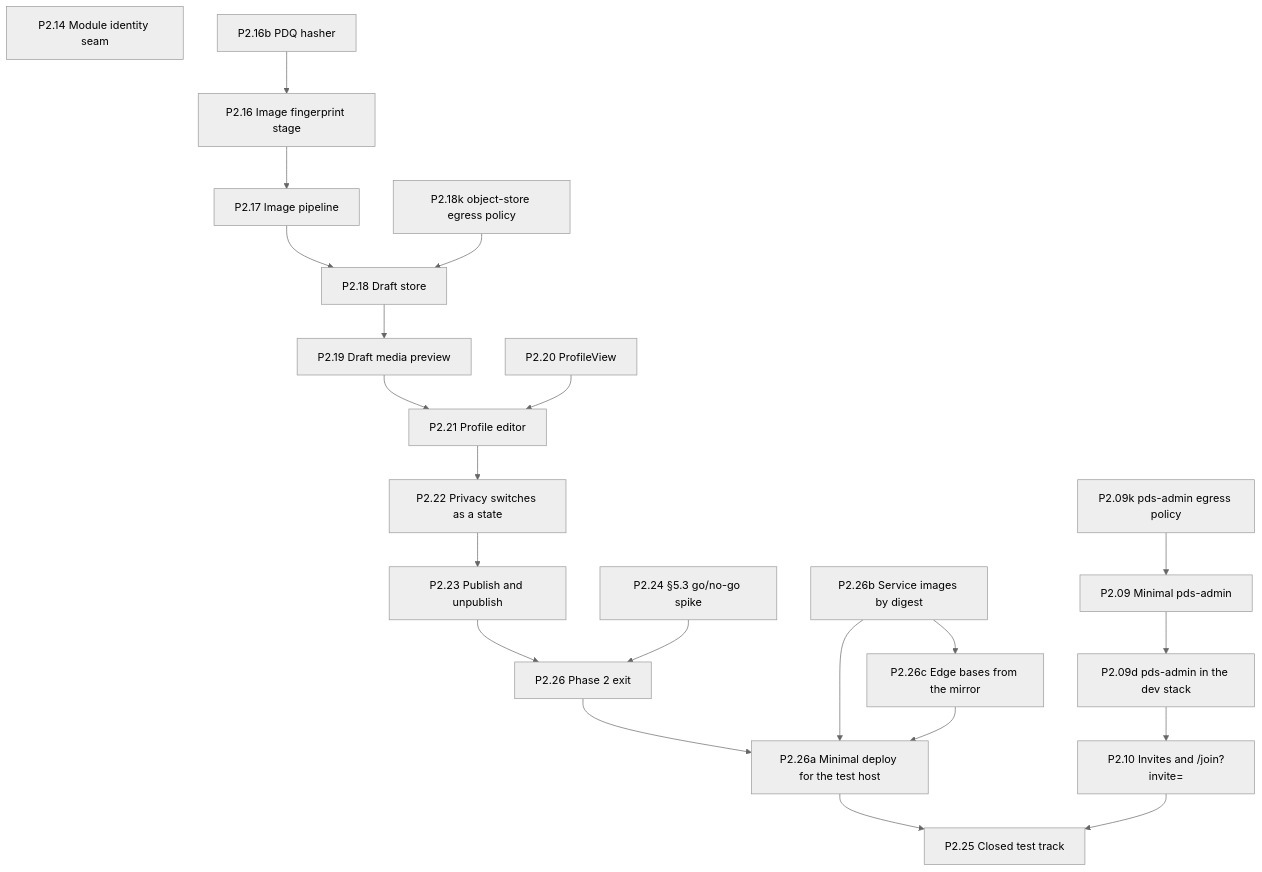
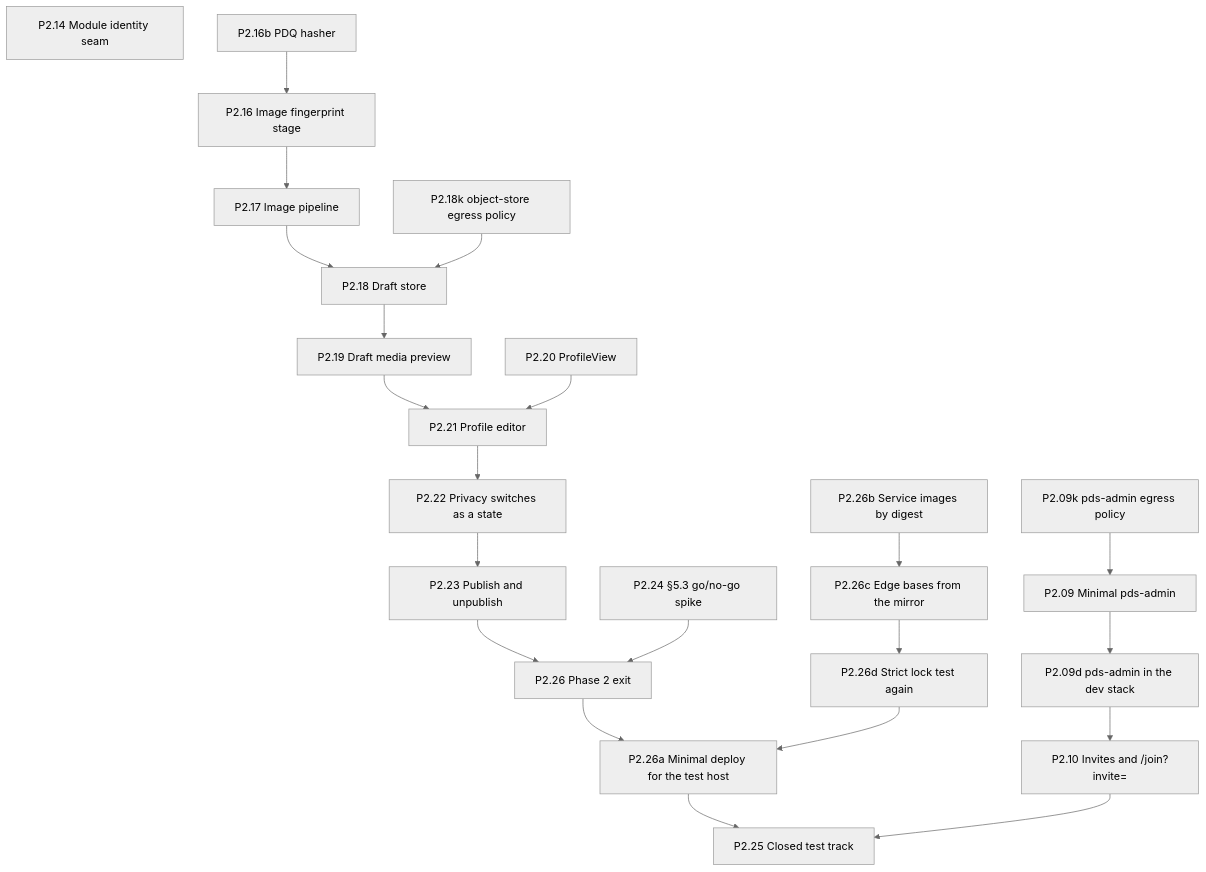
Before and after one commit to Undefined6799/unset: the fifth of 11 diagrams in docs/ai/book/01-outline.md, drawn with Mermaid (neutral theme). The commit also changed other lines of this file and 1 other file, not shown here.

Commit message:
P0.09 Add P2.26d to drop the edge dual spelling
Carry p127s-split Amendment 2: architecture confirmed the reversed
order and the caddy-only tolerance (21:02Z) but requires a strict
cleanup. New product step P2.26d, after P2.26c, deletes the caddy
dual-spelling branch from base_digest_matches_lock, with the red
fixture mirror_entry_refuses_upstream_spelling. P2.26a now depends
on P2.26d, and P2.26b's Done adds dual_spelling_exactly_caddy.

Records (under /mnt/project-files/unset-plan/book-edits/; full paths
would break D2's 72-column body rule):
- 2026-10-13-p127s-split.md (Amendment 2 and architecture's note)

Claude-Session: https://claude.ai/code/session_01911Gttax16V3TwYGscDify

````diff
--- a/docs/ai/book/01-outline.md
+++ b/docs/ai/book/01-outline.md
@@ -1240,44 +1241,45 @@
 ```mermaid
 flowchart TD
   P2_09["P2.09 Minimal pds-admin"]
   P2_09d["P2.09d pds-admin in the dev stack"]
   P2_09k["P2.09k pds-admin egress policy"]
   P2_10["P2.10 Invites and /join?invite="]
   P2_14["P2.14 Module identity seam"]
   P2_16b["P2.16b PDQ hasher"]
   P2_16["P2.16 Image fingerprint stage"]
   P2_17["P2.17 Image pipeline"]
   P2_18["P2.18 Draft store"]
   P2_18k["P2.18k object-store egress policy"]
   P2_19["P2.19 Draft media preview"]
   P2_20["P2.20 ProfileView"]
   P2_21["P2.21 Profile editor"]
   P2_22["P2.22 Privacy switches as a state"]
   P2_23["P2.23 Publish and unpublish"]
   P2_24["P2.24 §5.3 go/no-go spike"]
   P2_26["P2.26 Phase 2 exit"]
   P2_26b["P2.26b Service images by digest"]
   P2_26c["P2.26c Edge bases from the mirror"]
+  P2_26d["P2.26d Strict lock test again"]
   P2_26a["P2.26a Minimal deploy for the test host"]
   P2_25["P2.25 Closed test track"]
   P2_16b --> P2_16
   P2_16 --> P2_17
   P2_17 --> P2_18
   P2_18 --> P2_19
   P2_19 --> P2_21
   P2_20 --> P2_21
   P2_21 --> P2_22
   P2_22 --> P2_23
   P2_23 --> P2_26
   P2_24 --> P2_26
   P2_26 --> P2_26a
   P2_26b --> P2_26c
-  P2_26b --> P2_26a
-  P2_26c --> P2_26a
+  P2_26c --> P2_26d
+  P2_26d --> P2_26a
   P2_26a --> P2_25
   P2_10 --> P2_25
   P2_18k --> P2_18
   P2_09k --> P2_09
   P2_09 --> P2_09d
   P2_09d --> P2_10
 ```
````
